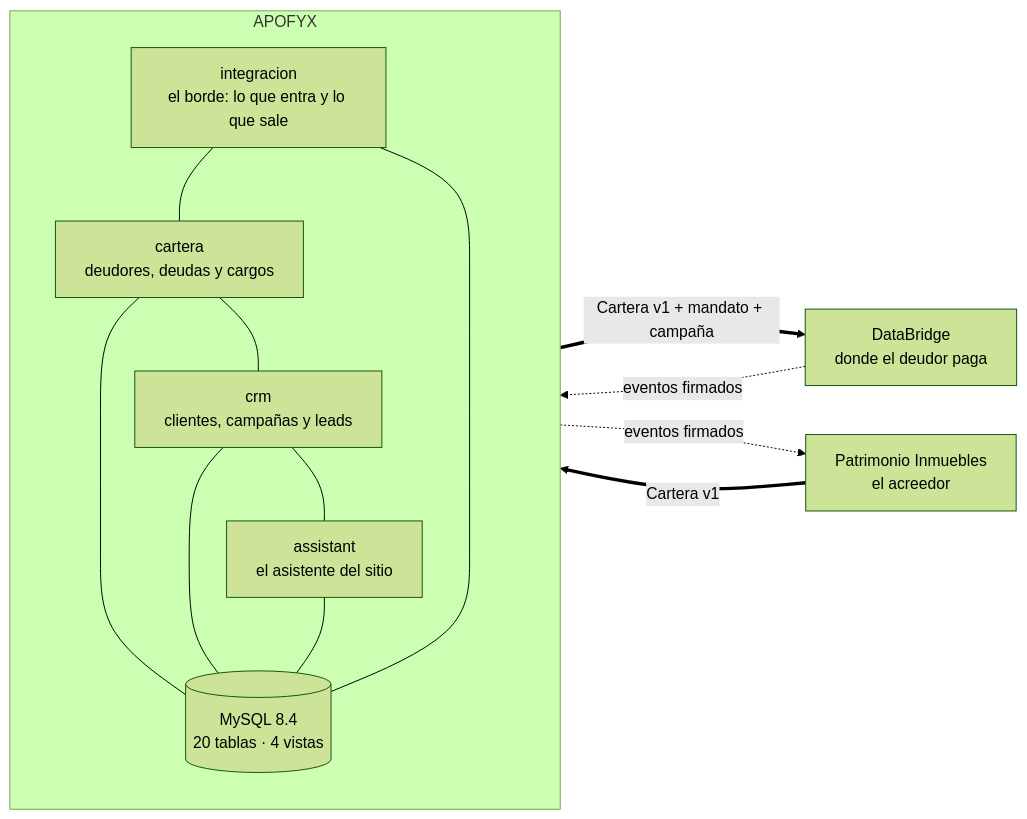
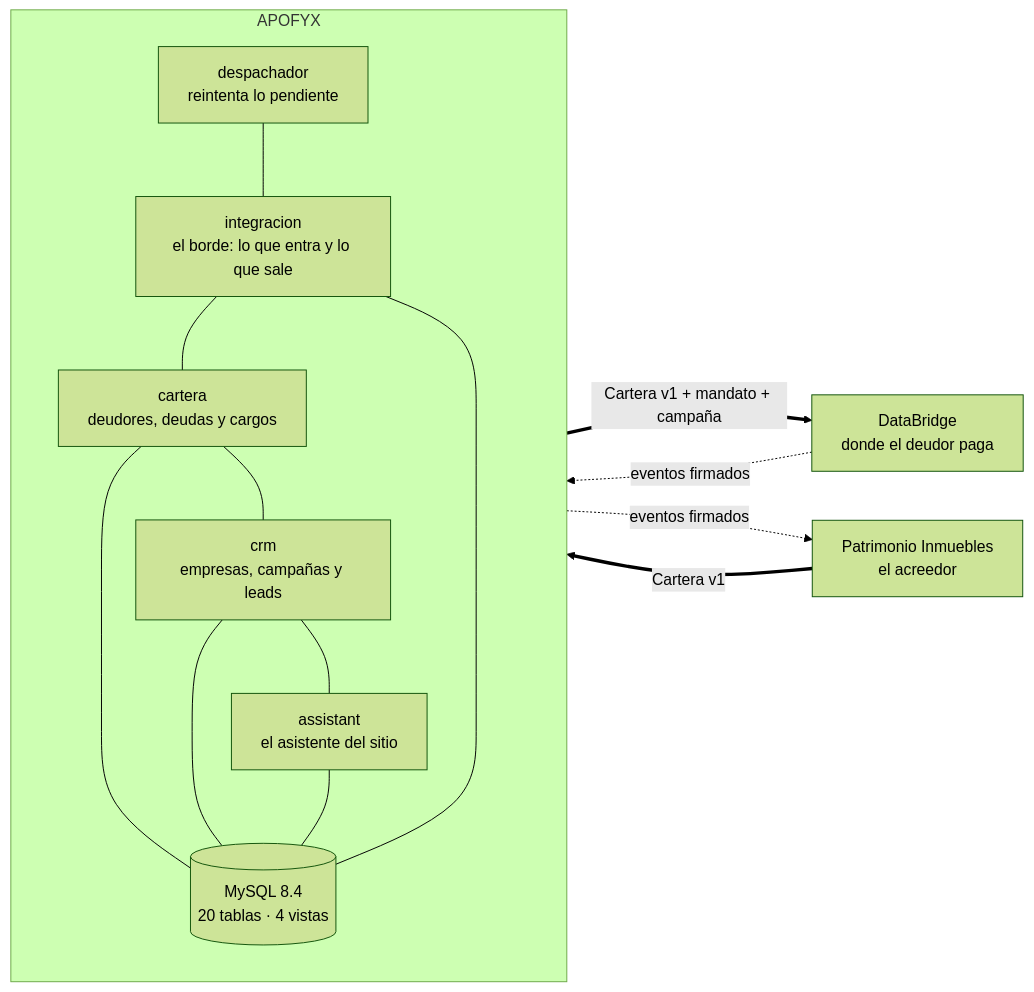
The first of 2 diagrams in README.md (TechnicalBridge/APOFYX), drawn with Mermaid (forest theme) before and after one commit. The commit also changed other lines of this file and 15 other files, not shown here.

````diff
--- a/README.md
+++ b/README.md
@@ -199,25 +201,27 @@
 ```mermaid
 flowchart LR
     PI["Patrimonio Inmuebles<br/>el acreedor"]
     subgraph AP["APOFYX"]
         direction TB
         I["integracion<br/>el borde: lo que entra y lo que sale"]
         C["cartera<br/>deudores, deudas y cargos"]
-        R["crm<br/>clientes, campañas y leads"]
+        R["crm<br/>empresas, campañas y leads"]
         S["assistant<br/>el asistente del sitio"]
+        DS["despachador<br/>reintenta lo pendiente"]
         B[("MySQL 8.4<br/>20 tablas · 4 vistas")]
         I --- C
         C --- R
         R --- S
         C --- B
         R --- B
         S --- B
         I --- B
+        DS --- I
     end
     DB["DataBridge<br/>donde el deudor paga"]
 
     PI ==>|"Cartera v1"| I
     I ==>|"Cartera v1 + mandato + campaña"| DB
     DB -.->|"eventos firmados"| I
     I -.->|"eventos firmados"| PI
 ```
````
